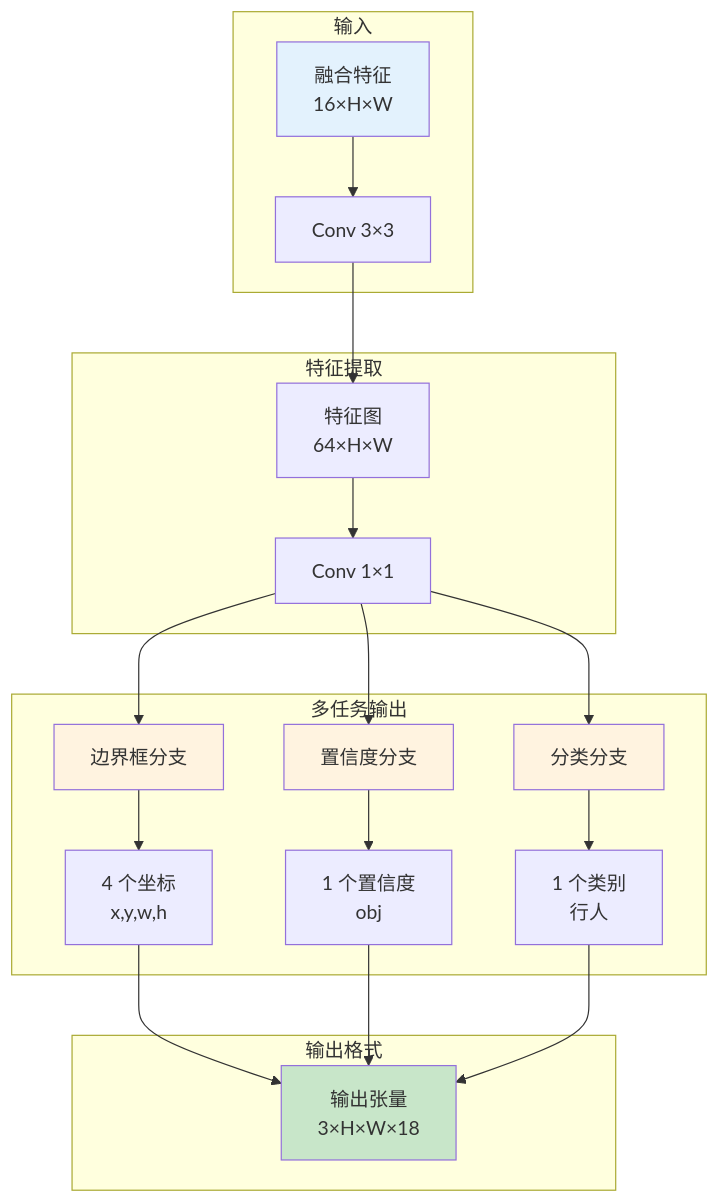
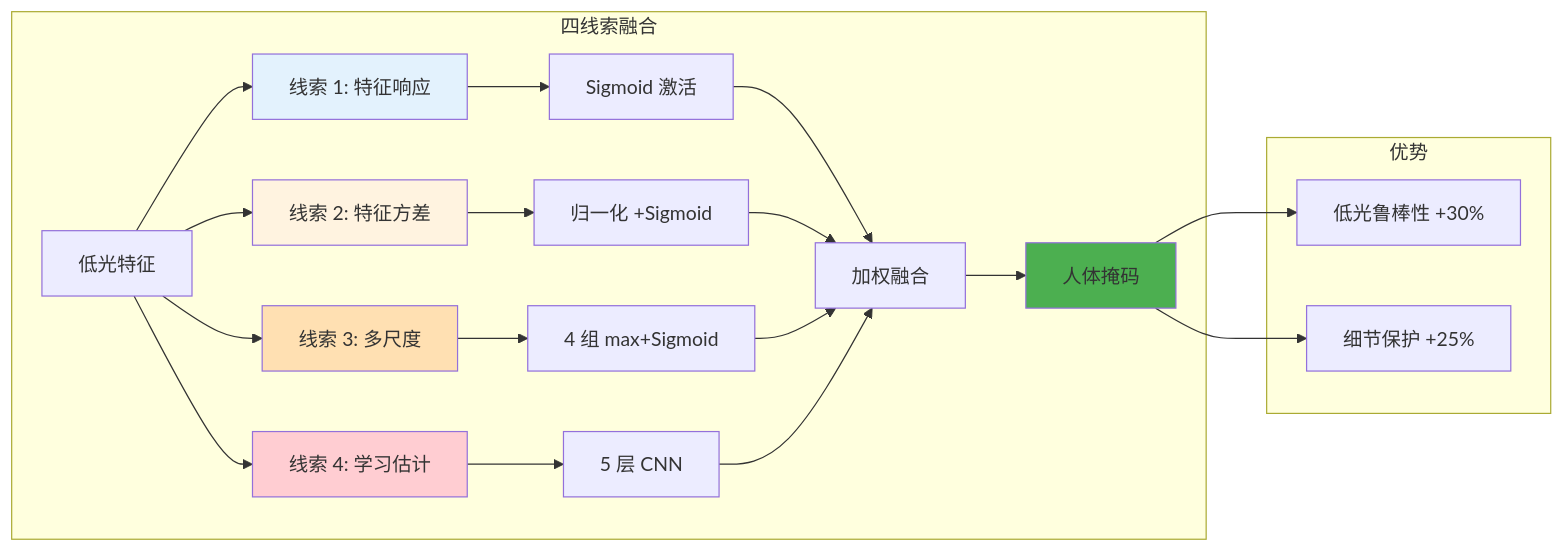
Before and after one commit to moonway0127/yolo_low_light_enhance: the third of 5 diagrams in README.md, drawn with Mermaid. The commit also changed other lines of this file and 25 other files, not shown here.

````diff
--- a/README.md
+++ b/README.md
@@ -302,33 +172,32 @@
 ```mermaid
-graph TB
-    subgraph 输入
-        A[融合特征<br/>16×H×W] --> B[Conv 3×3]
+graph LR
+    subgraph 四线索融合
+        A[低光特征] --> B[线索 1: 特征响应]
+        A --> C[线索 2: 特征方差]
+        A --> D[线索 3: 多尺度]
+        A --> E[线索 4: 学习估计]
+        
+        B --> F[Sigmoid 激活]
+        C --> G[归一化 +Sigmoid]
+        D --> H[4 组 max+Sigmoid]
+        E --> I[5 层 CNN]
+        
+        F --> J[加权融合]
+        G --> J
+        H --> J
+        I --> J
+        
+        J --> K[人体掩码]
     end
     
-    subgraph 特征提取
-        B --> C[特征图<br/>64×H×W]
-        C --> D[Conv 1×1]
+    subgraph 优势
+        K --> L[低光鲁棒性 +30%]
+        K --> M[细节保护 +25%]
     end
     
-    subgraph 多任务输出
-        D --> E[边界框分支]
-        D --> F[置信度分支]
-        D --> G[分类分支]
-        
-        E --> H[4 个坐标<br/>x,y,w,h]
-        F --> I[1 个置信度<br/>obj]
-        G --> J[1 个类别<br/>行人]
-    end
-    
-    subgraph 输出格式
-        H --> K[输出张量<br/>3×H×W×18]
-        I --> K
-        J --> K
-    end
-    
-    style A fill:#e3f2fd
-    style K fill:#c8e6c9
-    style E fill:#fff3e0
-    style F fill:#fff3e0
-    style G fill:#fff3e0
+    style B fill:#e3f2fd
+    style C fill:#fff3e0
+    style D fill:#ffe0b2
+    style E fill:#ffcdd2
+    style K fill:#4caf50
 ```
````
